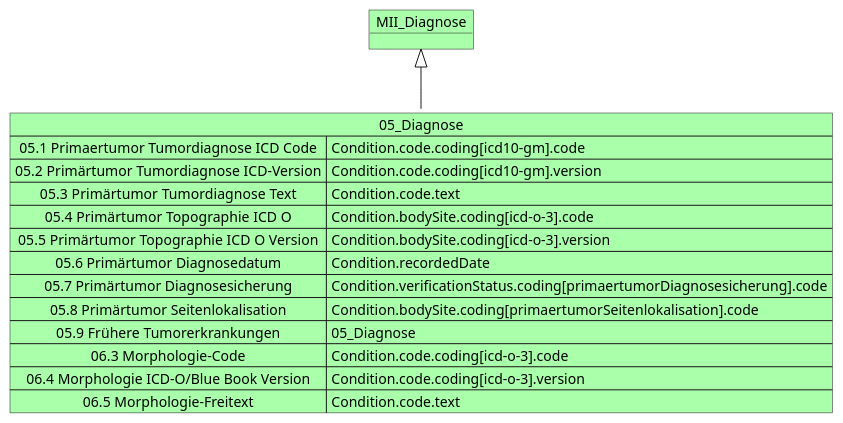
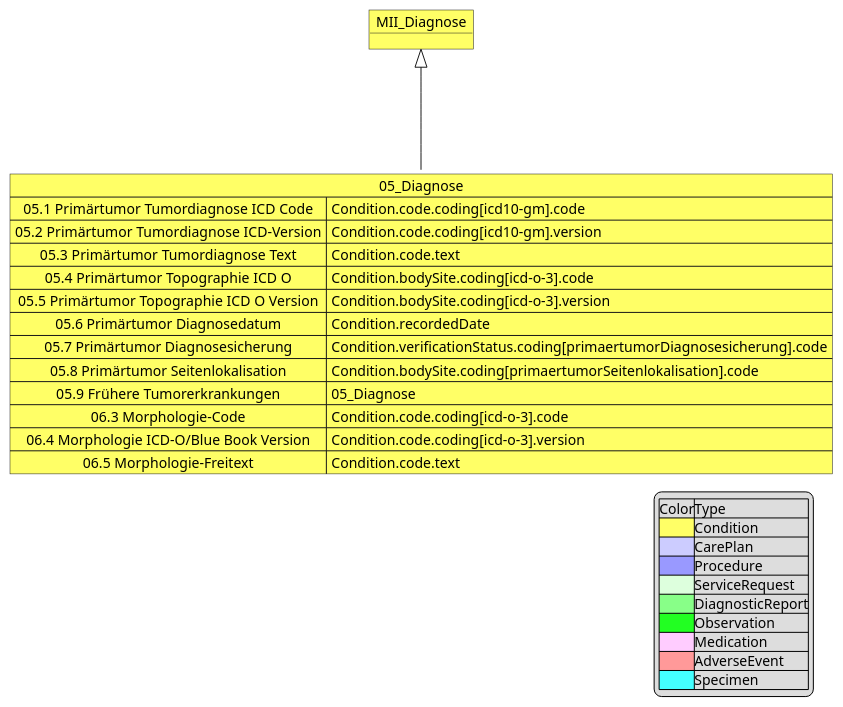
The diagram in information_model/MII_Onko_05_Diagnosis.pu (medizininformatik-initiative/kerndatensatzmodul-onkologie), drawn with PlantUML before and after one commit. The commit also changed 8 other files, not shown here.

```diff
--- a/information_model/MII_Onko_05_Diagnosis.pu
+++ b/information_model/MII_Onko_05_Diagnosis.pu
@@ -1,23 +1,35 @@
-@startuml MII KDS Erweiterungsmodul Onkologie
-object MII_Diagnose #AAFFAA
-Map 05_Diagnose #AAFFAA {
- 05.1 Primaertumor Tumordiagnose ICD Code => Condition.code.coding[icd10-gm].code
+@startuml MII_Onko_05_Diagnosis
+object MII_Diagnose #FFFF66
+Map 05_Diagnose #FFFF66 {
+ 05.1 Primärtumor Tumordiagnose ICD Code => Condition.code.coding[icd10-gm].code
  05.2 Primärtumor Tumordiagnose ICD-Version => Condition.code.coding[icd10-gm].version
  05.3 Primärtumor Tumordiagnose Text => Condition.code.text
  05.4 Primärtumor Topographie ICD O => Condition.bodySite.coding[icd-o-3].code
  05.5 Primärtumor Topographie ICD O Version => Condition.bodySite.coding[icd-o-3].version
  05.6 Primärtumor Diagnosedatum => Condition.recordedDate
  05.7 Primärtumor Diagnosesicherung => Condition.verificationStatus.coding[primaertumorDiagnosesicherung].code
  05.8 Primärtumor Seitenlokalisation => Condition.bodySite.coding[primaertumorSeitenlokalisation].code
  05.9 Frühere Tumorerkrankungen => 05_Diagnose
  06.3 Morphologie-Code => Condition.code.coding[icd-o-3].code
  06.4 Morphologie ICD-O/Blue Book Version => Condition.code.coding[icd-o-3].version
  06.5 Morphologie-Freitext => Condition.code.text
 } 
 
-MII_Diagnose <|-down- 05_Diagnose
+MII_Diagnose <|-down-- 05_Diagnose
 
+legend right 
+|Color|Type|
+|<#FFFF66>|Condition|
+|<#CCCCFF>|CarePlan|
+|<#9999FF>|Procedure|
+|<#DDFFDD>|ServiceRequest|
+|<#88FF88>|DiagnosticReport|
+|<#22FF22>|Observation|
+|<#FFCCFF>|Medication|
+|<#FF9999>|AdverseEvent|
+|<#44FFFF>|Specimen|
+endlegend
 
 
 
 @enduml
```
